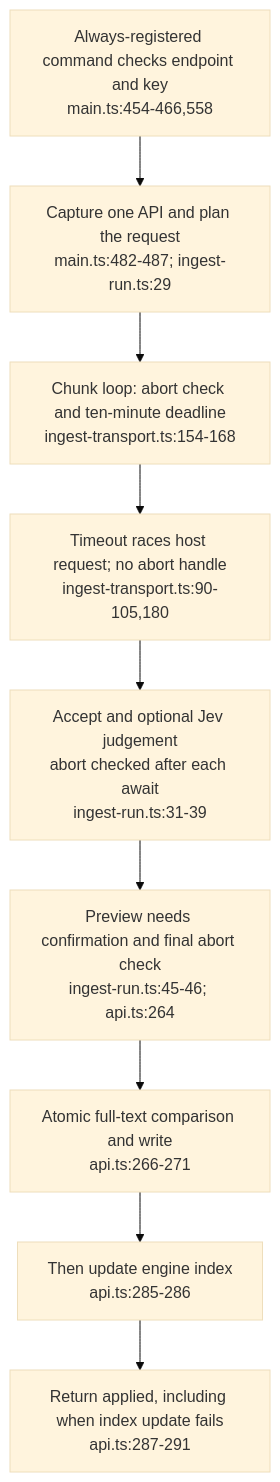
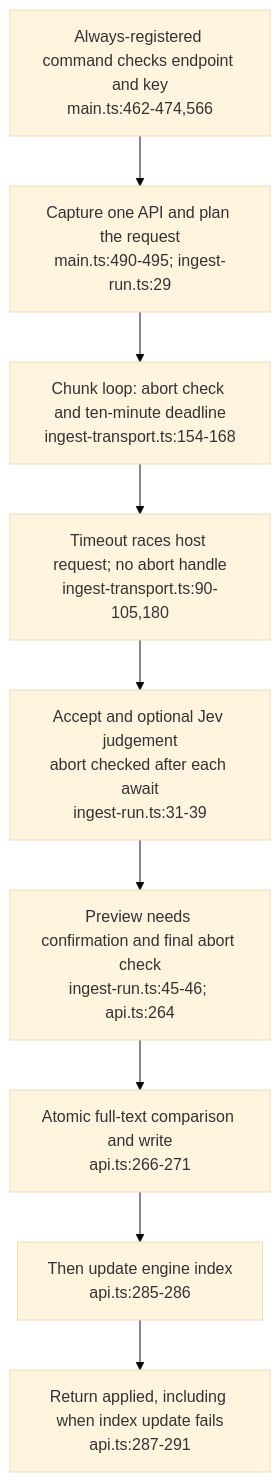
The fourth of 4 diagrams in docs/diagrams/ontomark/09-obsidian-host-lifecycle.md (DreamLab-AI/VisionFlow), drawn with Mermaid (base theme) before and after one commit. The commit also changed other lines of this file and 20 other files, not shown here.

First line of the commit message:
docs(diagrams): ontomark and ontomark-obsidian re-verified (graph 0.4.0, plugin 0.6.0)

````diff
--- a/docs/diagrams/ontomark/09-obsidian-host-lifecycle.md
+++ b/docs/diagrams/ontomark/09-obsidian-host-lifecycle.md
@@ -98,11 +98,11 @@
 ```mermaid
 flowchart TD
-    CMD["Always-registered command checks endpoint and key<br/>main.ts:454-466,558"] --> PLAN["Capture one API and plan the request<br/>main.ts:482-487; ingest-run.ts:29"]
+    CMD["Always-registered command checks endpoint and key<br/>main.ts:462-474,566"] --> PLAN["Capture one API and plan the request<br/>main.ts:490-495; ingest-run.ts:29"]
     PLAN --> NET["Chunk loop: abort check and ten-minute deadline<br/>ingest-transport.ts:154-168"]
     NET --> WAIT["Timeout races host request; no abort handle<br/>ingest-transport.ts:90-105,180"]
     WAIT --> ACCEPT["Accept and optional Jev judgement<br/>abort checked after each await<br/>ingest-run.ts:31-39"]
     ACCEPT --> CONF["Preview needs confirmation and final abort check<br/>ingest-run.ts:45-46; api.ts:264"]
     CONF --> WRITE["Atomic full-text comparison and write<br/>api.ts:266-271"]
     WRITE --> INDEX["Then update engine index<br/>api.ts:285-286"]
     INDEX --> RECEIPT["Return applied, including when index update fails<br/>api.ts:287-291"]
 ```
````
